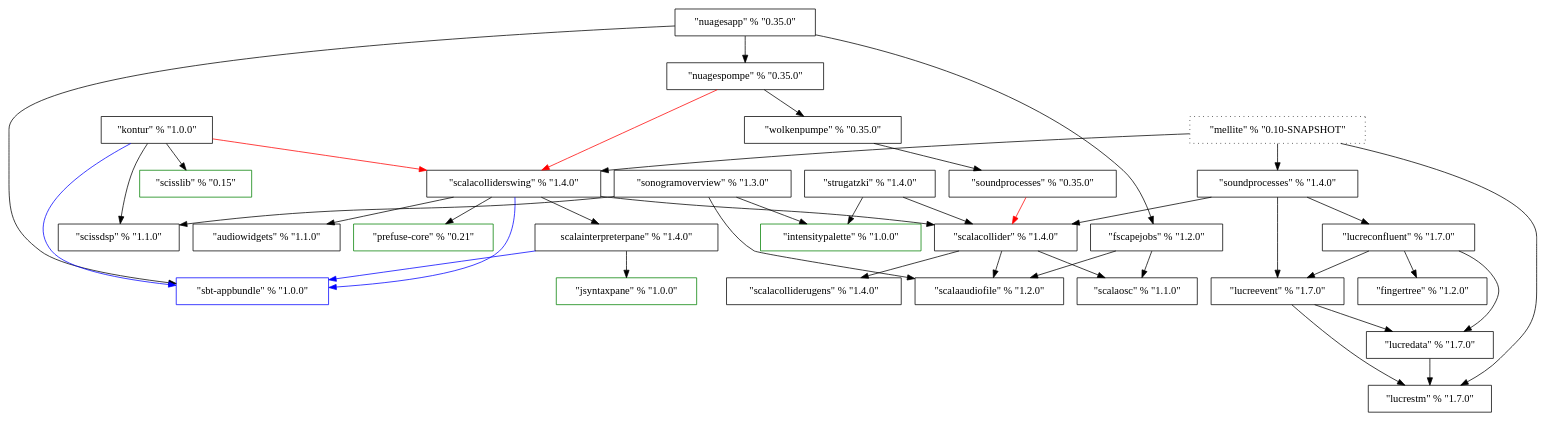
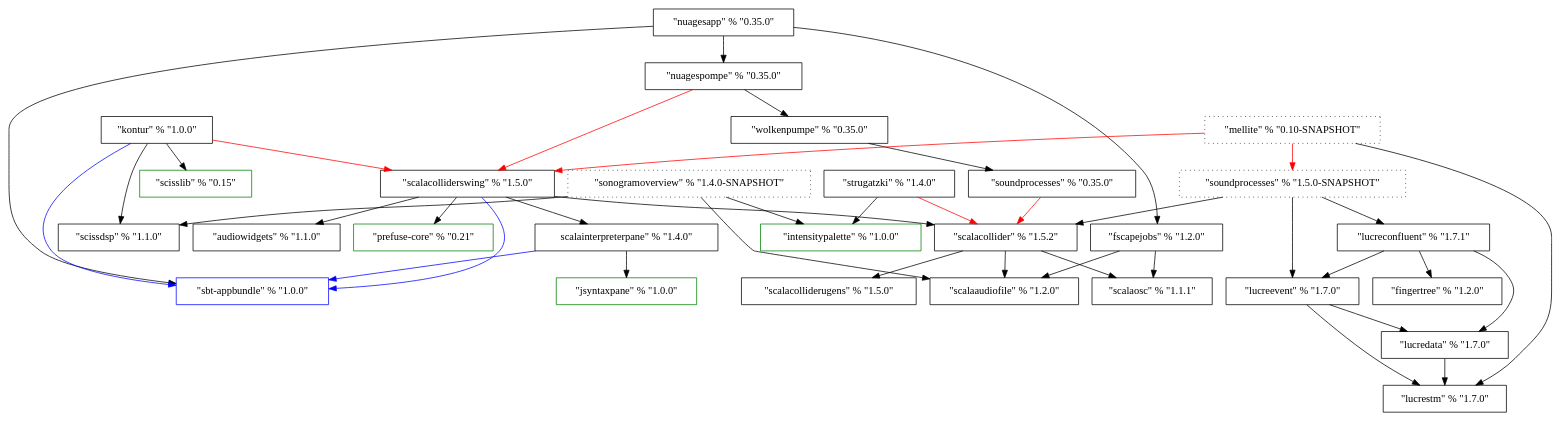
One commit to Sciss/HistoricalCode changed the diagram in ProjectDependencies/dep.dot. Above: the diagram before and after it, drawn with Graphviz.

```diff
--- a/ProjectDependencies/dep.dot
+++ b/ProjectDependencies/dep.dot
@@ -1,79 +1,79 @@
 digraph G {
-	ScalaOSC [label="\"scalaosc\" % \"1.1.0\"", shape=box];
+	ScalaOSC [label="\"scalaosc\" % \"1.1.1\"", shape=box];
 	ScalaAudioFile [label="\"scalaaudiofile\" % \"1.2.0\"", shape=box];
 	FScapeJobs [label="\"fscapejobs\" % \"1.2.0\"", shape=box];
 	AudioWidgets [label="\"audiowidgets\" % \"1.1.0\"", shape=box];
 //	ScalaAudioWidgets [label="\"scalaaudiowidgets\" % \"1.0.0\"", shape=box, color=red];
 	SbtAppbundle [label="\"sbt-appbundle\" % \"1.0.0\"", shape=Box, color=blue];
 	ScissDSP [label="\"scissdsp\" % \"1.1.0\"", shape=Box];
-	SonogramOverview [label="\"sonogramoverview\" % \"1.3.0\"", shape=Box];
-	ScalaCollider [label="\"scalacollider\" % \"1.4.0\"", shape=Box];
-	ScalaColliderUGens [label="\"scalacolliderugens\" % \"1.4.0\"", shape=Box];
-	ScalaColliderSwing [label="\"scalacolliderswing\" % \"1.4.0\"", shape=Box];
+	SonogramOverview [label="\"sonogramoverview\" % \"1.4.0-SNAPSHOT\"", shape=Box, style=dotted];
+	ScalaCollider [label="\"scalacollider\" % \"1.5.2\"", shape=Box];
+	ScalaColliderUGens [label="\"scalacolliderugens\" % \"1.5.0\"", shape=Box];
+	ScalaColliderSwing [label="\"scalacolliderswing\" % \"1.5.0\"", shape=Box];
 	IntensityPalette [label="\"intensitypalette\" % \"1.0.0\"", shape=Box, color=green];
 	Strugatzki [label="\"strugatzki\" % \"1.4.0\"", shape=Box];
 	JSyntaxPane [label="\"jsyntaxpane\" % \"1.0.0\"", shape=Box, color=green];
 	ScalaInterpreterPane [label="\scalainterpreterpane\" % \"1.4.0\"", shape=Box];
 	PrefuseCore [label="\"prefuse-core\" % \"0.21\"", shape=Box, color=green];
 	SoundProcesses_OLD [label="\"soundprocesses\" % \"0.35.0\"", shape=Box];
 	Wolkenpumpe [label="\"wolkenpumpe\" % \"0.35.0\"", shape=Box];
 	NuagesPompe [label="\"nuagespompe\" % \"0.35.0\"", shape=Box];
 	NuagesApp [label="\"nuagesapp\" % \"0.35.0\"", shape=Box];
 	ScissLib [label="\"scisslib\" % \"0.15\"", shape=Box, color=green];
 	Kontur [label="\"kontur\" % \"1.0.0\"", shape=Box];
 	FingerTree [label="\"fingertree\" % \"1.2.0\"", shape=Box];
 	LucreSTM [label="\"lucrestm\" % \"1.7.0\"", shape=Box];
 	LucreEvent [label="\"lucreevent\" % \"1.7.0\"", shape=Box];
 	LucreData [label="\"lucredata\" % \"1.7.0\"", shape=Box];
 //	LucreExpr [label="\"lucreexpr\" % \"1.4.0\"", shape=Box];
-	LucreConfluent [label="\"lucreconfluent\" % \"1.7.0\"", shape=Box];
+	LucreConfluent [label="\"lucreconfluent\" % \"1.7.1\"", shape=Box];
 //	ConfluentReactive [label="\"confluentreactive\" % \"1.5.0\"", shape=Box];
-	SoundProcesses [label="\"soundprocesses\" % \"1.4.0\"", shape=Box];
+	SoundProcesses [label="\"soundprocesses\" % \"1.5.0-SNAPSHOT\"", shape=Box, style=dotted];
 	Mellite [label="\"mellite\" % \"0.10-SNAPSHOT\"", shape=Box, style=dotted];
 	
 	FScapeJobs -> ScalaOSC;
 	FScapeJobs -> ScalaAudioFile;
 //	ScalaAudioWidgets -> AudioWidgets [color=red];
 	SonogramOverview -> ScalaAudioFile;
 	SonogramOverview -> ScissDSP;
 	SonogramOverview -> IntensityPalette;
 	ScalaCollider -> ScalaColliderUGens;
 	ScalaCollider -> ScalaOSC;
 	ScalaCollider -> ScalaAudioFile;
-	Strugatzki -> ScalaCollider;
+	Strugatzki -> ScalaCollider [color=red];
 	Strugatzki -> IntensityPalette;
 	ScalaInterpreterPane -> JSyntaxPane;
 	ScalaInterpreterPane -> SbtAppbundle [color=blue];
 	ScalaColliderSwing -> SbtAppbundle [color=blue];
 	ScalaColliderSwing -> ScalaCollider;
 	ScalaColliderSwing -> ScalaInterpreterPane;
 	ScalaColliderSwing -> PrefuseCore;
 	ScalaColliderSwing -> AudioWidgets;
 	SoundProcesses_OLD -> ScalaCollider [color=red];
 	Wolkenpumpe -> SoundProcesses_OLD;
 	NuagesPompe -> Wolkenpumpe;
 	NuagesPompe -> ScalaColliderSwing [color=red];
 	NuagesApp -> SbtAppbundle;
 	NuagesApp -> NuagesPompe;
 	NuagesApp -> FScapeJobs;
 	Kontur -> SbtAppbundle [color=blue];
 	Kontur -> ScalaColliderSwing [color=red];
 	Kontur -> ScissDSP;
 	Kontur -> ScissLib;
 	LucreEvent -> LucreSTM;
    LucreEvent -> LucreData;
 	LucreData -> LucreSTM;
 //   LucreExpr -> LucreData [color=red];
 //   LucreExpr -> LucreEvent [color=red];
 	LucreConfluent -> FingerTree;
 	LucreConfluent -> LucreData;
 	LucreConfluent -> LucreEvent;
 //   ConfluentReactive -> LucreConfluent;
 //	ConfluentReactive -> LucreEvent [color=red];
 	SoundProcesses -> ScalaCollider;
 	SoundProcesses -> LucreConfluent;
 	SoundProcesses -> LucreEvent;
-	Mellite -> SoundProcesses;
-	Mellite -> ScalaColliderSwing;
+	Mellite -> SoundProcesses [color=red];
+	Mellite -> ScalaColliderSwing [color=red];
 	Mellite -> LucreSTM;
 }
```
